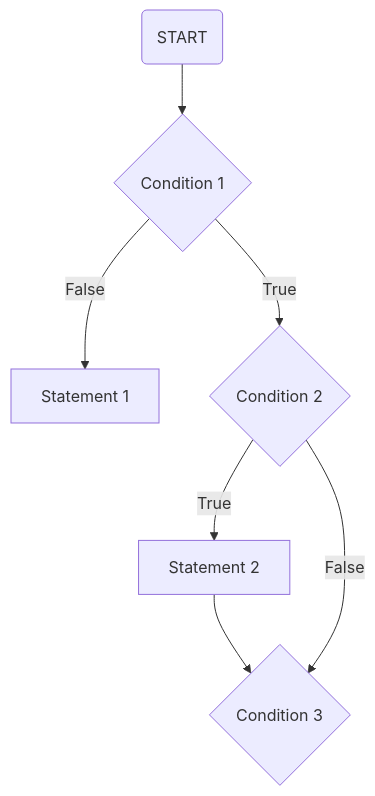
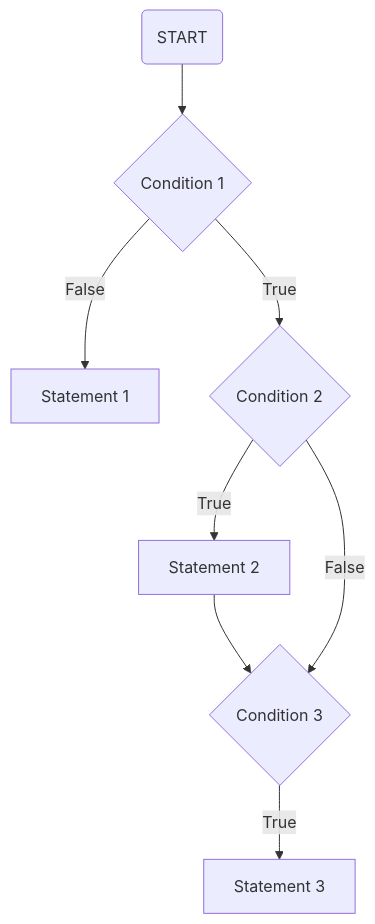
One commit to RaphaelZH/OpenCV_Program_EN changed the diagram in README.md. Above: the diagram before and after it, drawn with Mermaid. The commit also changed other lines of this file and 2 other files, not shown here.

````diff
--- a/README.md
+++ b/README.md
@@ -5,15 +5,17 @@
 ```mermaid
 flowchart TD
 
 A(START) --> B{Condition 1}
 
 B --> |False| C[Statement 1]
 
 B --> |True| D{Condition 2}
 
 D --> |True| E[Statement 2]
 
 E --> F{Condition 3}
 
 D --> |False| F{Condition 3}
+
+F --> |True| G[Statement 3]
 ```
````
